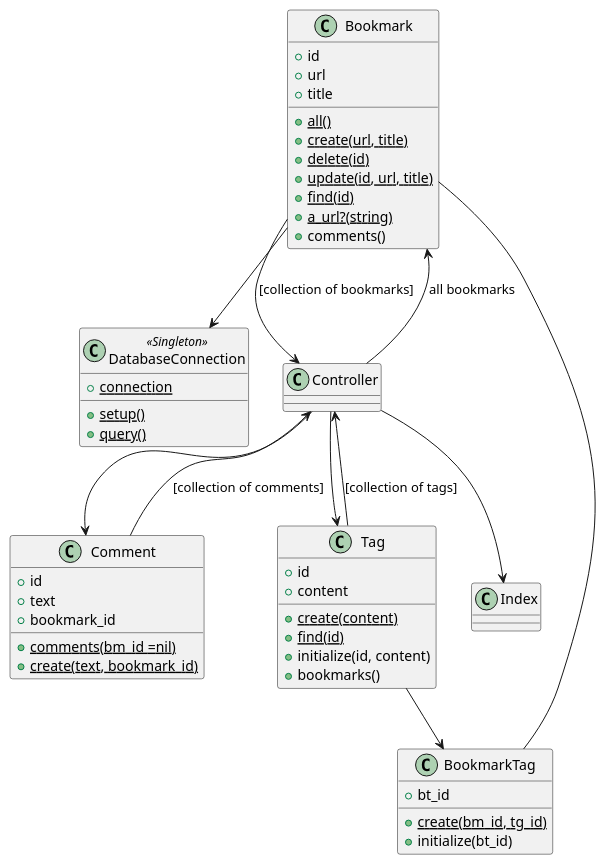
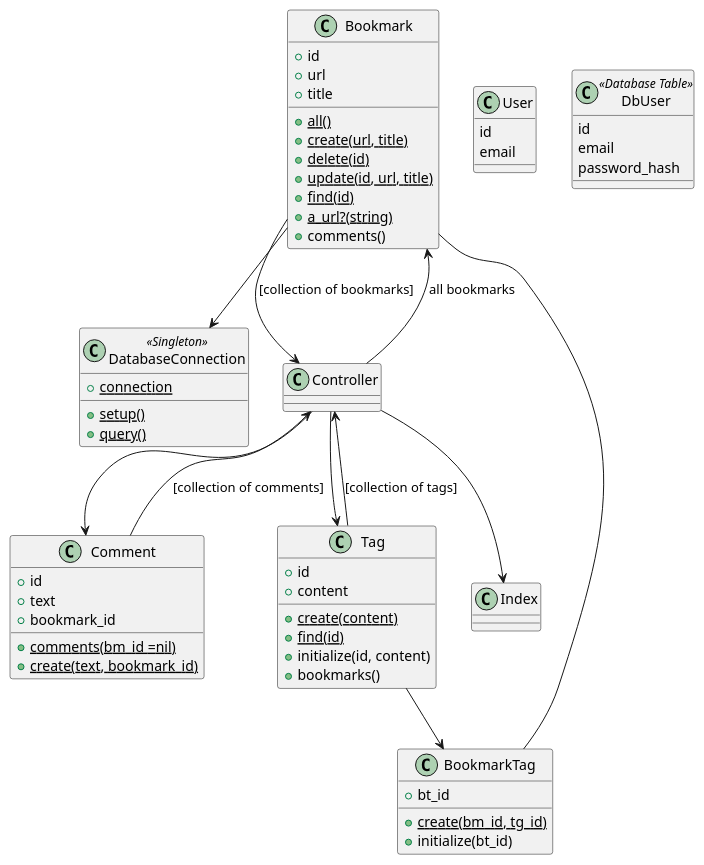
The diagram in user_stories.puml (meta-morpho-sys/new_bookmark_manager), drawn with PlantUML before and after one commit.

Commit message:
Distinction betwee user and DB user password

```diff
--- a/user_stories.puml
+++ b/user_stories.puml
@@ -1,58 +1,70 @@
 @startuml
 
 class Bookmark {
     +id
     +url
     +title
     +{static} all()
     +{static} create(url, title)
     +{static} delete(id)
     +{static} update(id, url, title)
     +{static} find(id)
     +{static} a_url?(string)
     +comments()
 }
 
 class Comment {
     +id
     +text
     +bookmark_id
     +{static} comments(bm_id =nil)
     +{static} create(text, bookmark_id)
 
 }
 
 class Tag {
     +id
     +content
     +{static} create(content)
     +{static} find(id)
     +initialize(id, content)
     +bookmarks()
 }
 
 class BookmarkTag {
     +bt_id
     +{static} create(bm_id, tg_id)
     +initialize(bt_id)
 }
 
 
 class DatabaseConnection <<Singleton>>  {
     +{static} connection
     +{static} setup()
     +{static} query()
 }
 
+
+class User {
+    id
+    email
+}
+
+class DbUser <<Database Table>> {
+    id
+    email
+    password_hash
+}
+
 Controller --> Bookmark: all bookmarks
 Controller --> Comment
 Controller--> Tag
 Bookmark --> Controller: [collection of bookmarks]
 Comment --> Controller: [collection of comments]
 Tag --> Controller: [collection of tags]
 Tag  --> BookmarkTag
 BookmarkTag -- Bookmark
 Bookmark --> DatabaseConnection
 Controller --> Index
 
 @enduml
```
